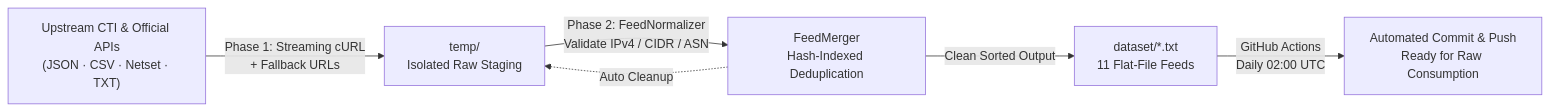
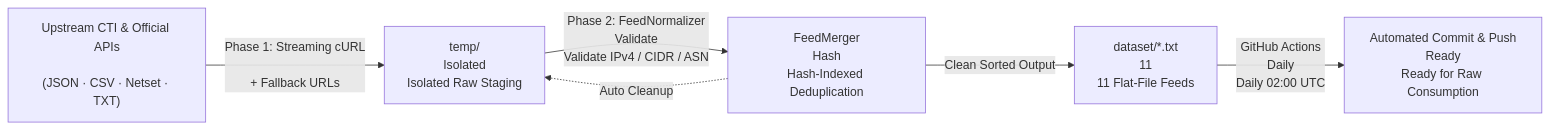
One commit to aozora-kenzu/Threats-Collections changed the diagram in README.md. Above: the diagram before and after it, drawn with Mermaid. The commit also changed other lines of this file, not shown here.

````diff
--- a/README.md
+++ b/README.md
@@ -68,8 +94,8 @@
 ```mermaid
 flowchart LR
-    A["Upstream CTI & Official APIs\n(JSON · CSV · Netset · TXT)"] -->|"Phase 1: Streaming cURL\n+ Fallback URLs"| B["temp/\nIsolated Raw Staging"]
-    B -->|"Phase 2: FeedNormalizer\nValidate IPv4 / CIDR / ASN"| C["FeedMerger\nHash-Indexed Deduplication"]
-    C -->|"Clean Sorted Output"| D["dataset/*.txt\n11 Flat-File Feeds"]
+    A["Upstream CTI & Official APIs\n\n(JSON · CSV · Netset · TXT)"] -->|"Phase 1: Streaming cURL\n\n+ Fallback URLs"| B["temp/\nIsolated\nIsolated Raw Staging"]
+    B -->|"Phase 2: FeedNormalizer\nValidate\nValidate IPv4 / CIDR / ASN"| C["FeedMerger\nHash\nHash-Indexed Deduplication"]
+    C -->|"Clean Sorted Output"| D["dataset/*.txt\n11\n11 Flat-File Feeds"]
     C -.->|"Auto Cleanup"| B
-    D -->|"GitHub Actions\nDaily 02:00 UTC"| E["Automated Commit & Push\nReady for Raw Consumption"]
+    D -->|"GitHub Actions\nDaily\nDaily 02:00 UTC"| E["Automated Commit & Push\nReady\nReady for Raw Consumption"]
 ```
````
